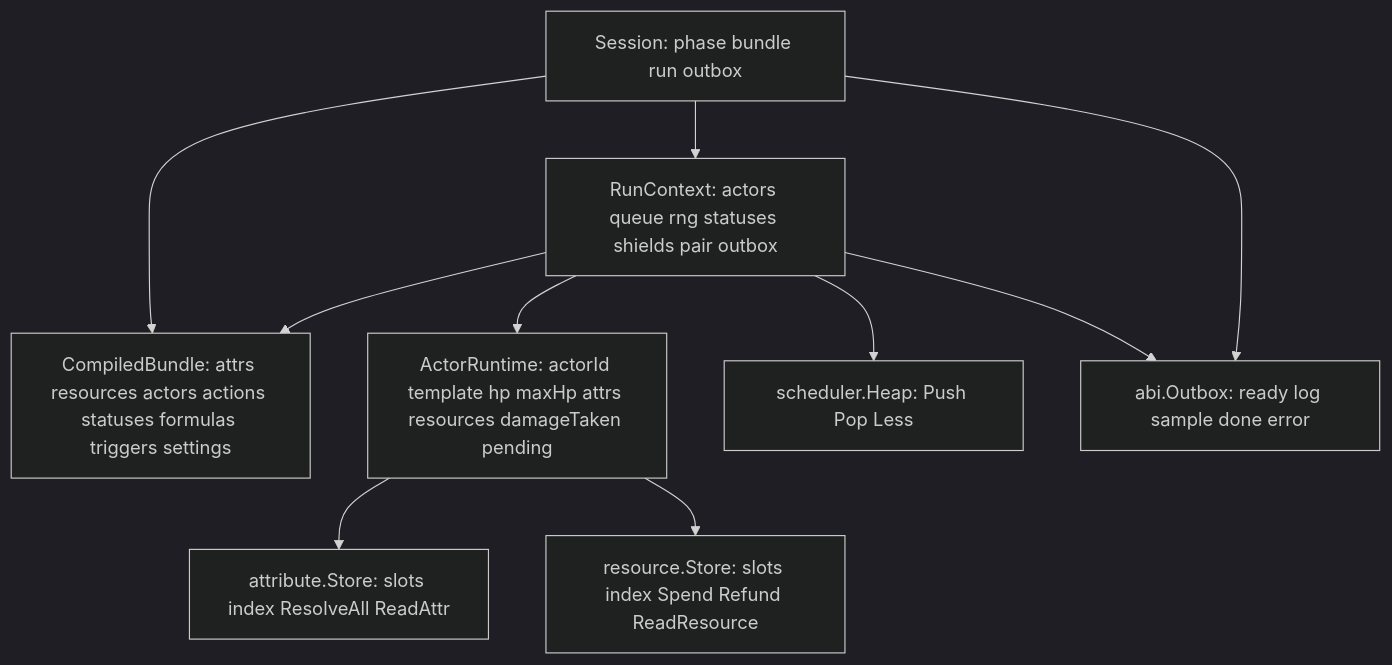
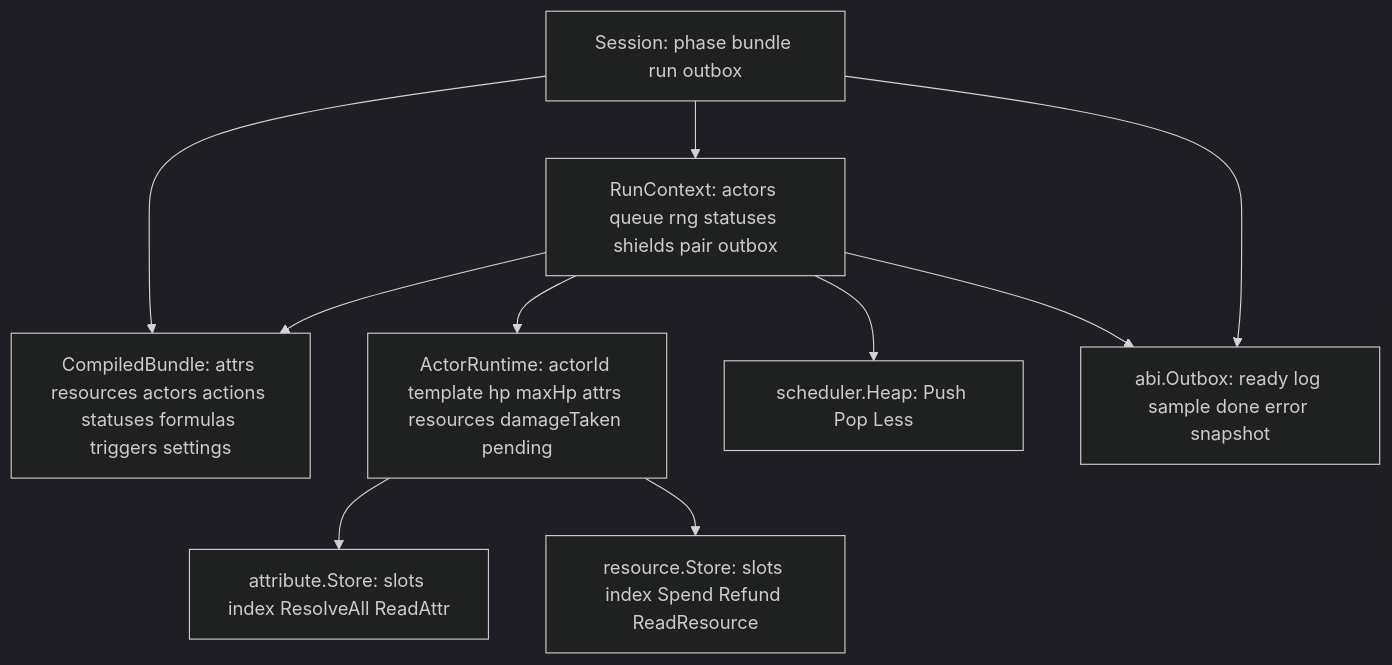
Before and after one commit to JeanbartBiubiu/damage_viewer_project_planning: the fifth of 6 diagrams in wasm/tinygo_engine_v2/ARCHITECTURE.md, drawn with Mermaid (dark theme). The commit also changed other lines of this file and 11 other files, not shown here.

````diff
--- a/wasm/tinygo_engine_v2/ARCHITECTURE.md
+++ b/wasm/tinygo_engine_v2/ARCHITECTURE.md
@@ -208,21 +217,21 @@
 ```mermaid
 graph TD
     Session["Session: phase bundle run outbox"]
     Compiled["CompiledBundle: attrs resources actors actions statuses formulas triggers settings"]
     RunCtx["RunContext: actors queue rng statuses shields pair outbox"]
     Actor["ActorRuntime: actorId template hp maxHp attrs resources damageTaken pending"]
     AttrStore["attribute.Store: slots index ResolveAll ReadAttr"]
     ResStore["resource.Store: slots index Spend Refund ReadResource"]
     Heap["scheduler.Heap: Push Pop Less"]
-    Outbox["abi.Outbox: ready log sample done error"]
+    Outbox["abi.Outbox: ready log sample done error snapshot"]
 
     Session --> Compiled
     Session --> RunCtx
     Session --> Outbox
     RunCtx --> Compiled
     RunCtx --> Actor
     RunCtx --> Heap
     RunCtx --> Outbox
     Actor --> AttrStore
     Actor --> ResStore
 ```
````
